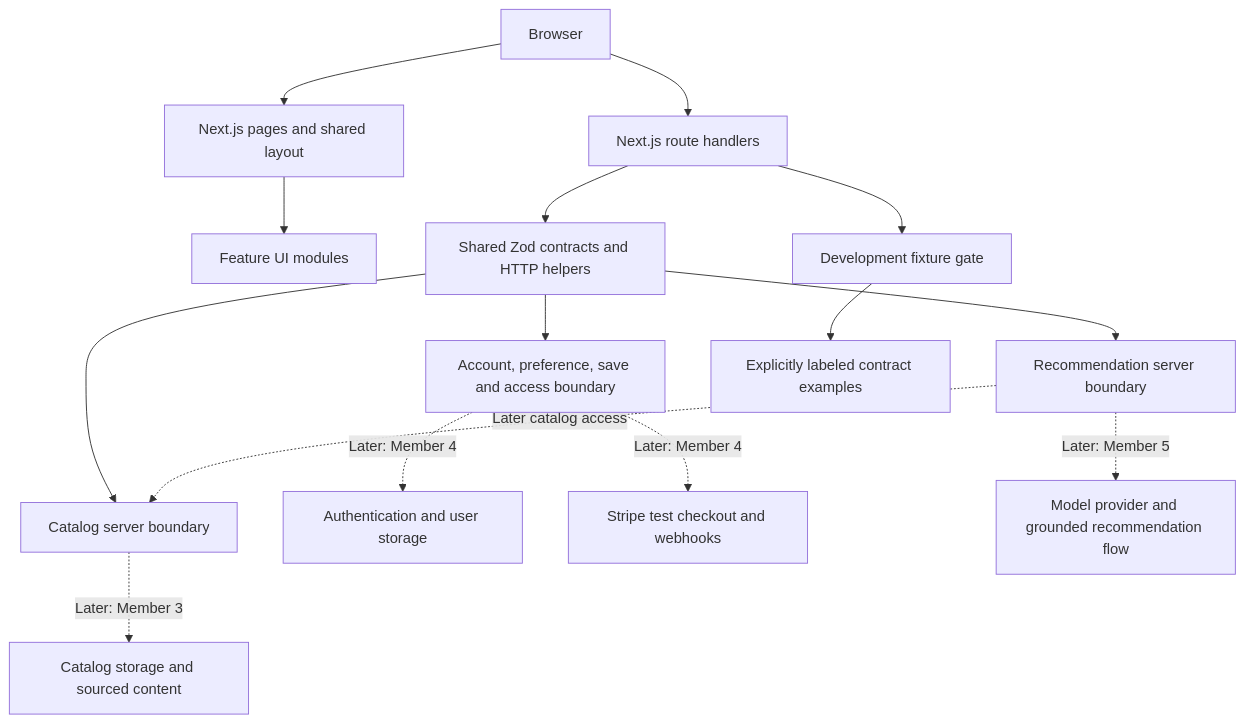
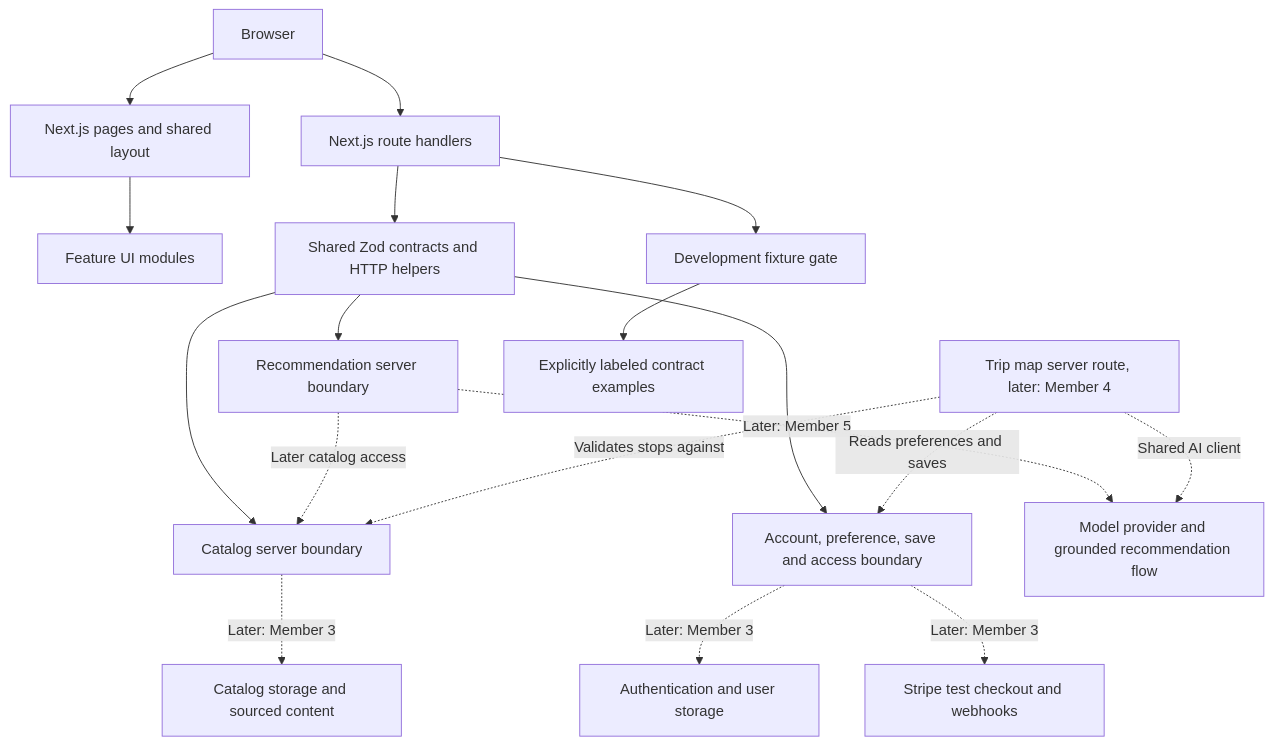
The diagram in docs/ARCHITECTURE.md (HarryYuTou/440_Final_Project), drawn with Mermaid before and after one commit. The commit also changed 11 other files, not shown here.

Commit message:
Docs: move accounts/payments to Member 3, Member 4 builds AI trip map

````diff
--- a/docs/ARCHITECTURE.md
+++ b/docs/ARCHITECTURE.md
@@ -7,17 +7,20 @@
 ```mermaid
 flowchart TD
     Browser[Browser] --> Pages[Next.js pages and shared layout]
     Browser --> API[Next.js route handlers]
     Pages --> UI[Feature UI modules]
     API --> Validation[Shared Zod contracts and HTTP helpers]
     Validation --> Catalog[Catalog server boundary]
     Validation --> Accounts[Account, preference, save and access boundary]
     Validation --> AI[Recommendation server boundary]
     Catalog -. Later: Member 3 .-> Storage[Catalog storage and sourced content]
-    Accounts -. Later: Member 4 .-> Identity[Authentication and user storage]
-    Accounts -. Later: Member 4 .-> Stripe[Stripe test checkout and webhooks]
+    Accounts -. Later: Member 3 .-> Identity[Authentication and user storage]
+    Accounts -. Later: Member 3 .-> Stripe[Stripe test checkout and webhooks]
     AI -. Later: Member 5 .-> Model[Model provider and grounded recommendation flow]
     AI -. Later catalog access .-> Catalog
+    Trip[Trip map server route, later: Member 4] -. Shared AI client .-> Model
+    Trip -. Validates stops against .-> Catalog
+    Trip -. Reads preferences and saves .-> Accounts
     API --> Fixtures[Development fixture gate]
     Fixtures --> Examples[Explicitly labeled contract examples]
 ```
````
